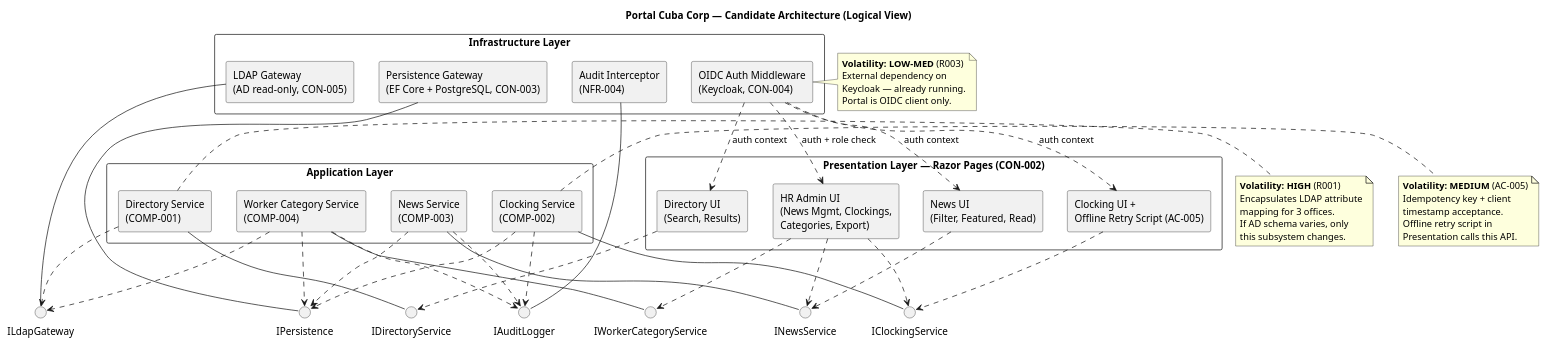
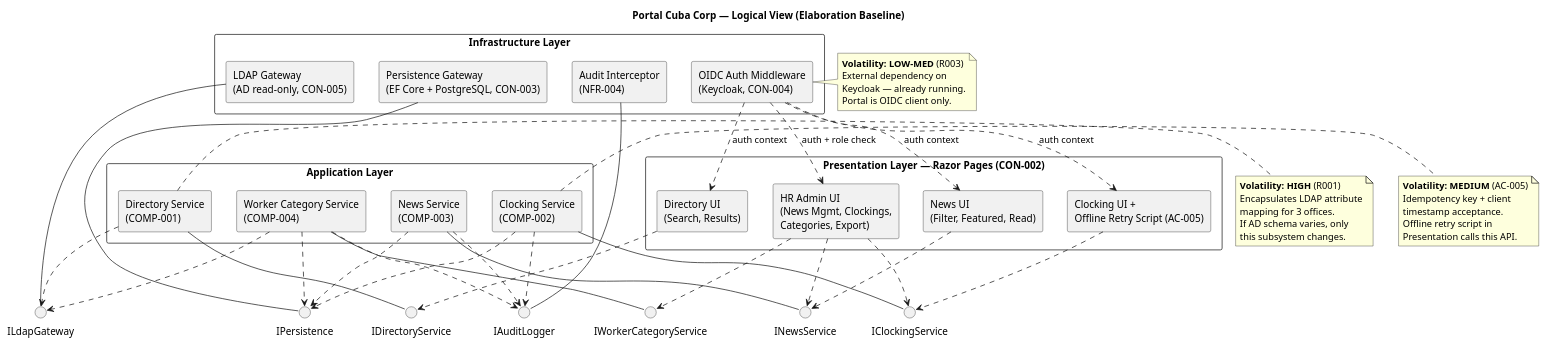
The fifth of 8 diagrams in docs/artifacts/analysis---design/software-architecture-document.md (banense-test/portal-cuba-corp), drawn with PlantUML before and after one commit. The commit also changed other lines of this file, not shown here.

First line of the commit message:
Software Architect [E1]: upsert Software Architecture Document

````diff
--- a/docs/artifacts/analysis---design/software-architecture-document.md
+++ b/docs/artifacts/analysis---design/software-architecture-document.md
@@ -92,6 +352,6 @@
 ```plantuml
 @startuml
-title Portal Cuba Corp — Candidate Architecture (Logical View)
+title Portal Cuba Corp — Logical View (Elaboration Baseline)
 
 skinparam componentStyle rectangle
 skinparam packageStyle rectangle
````
